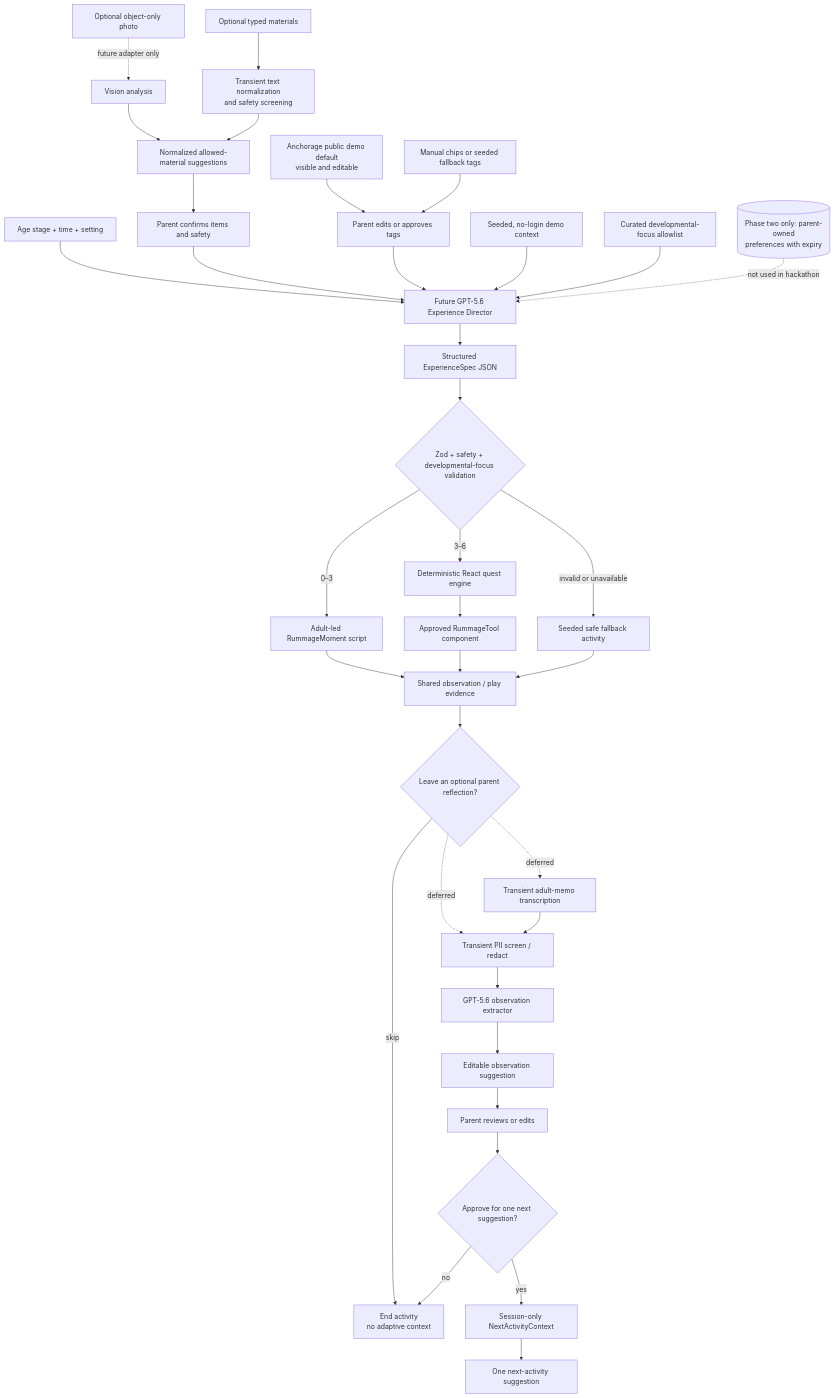
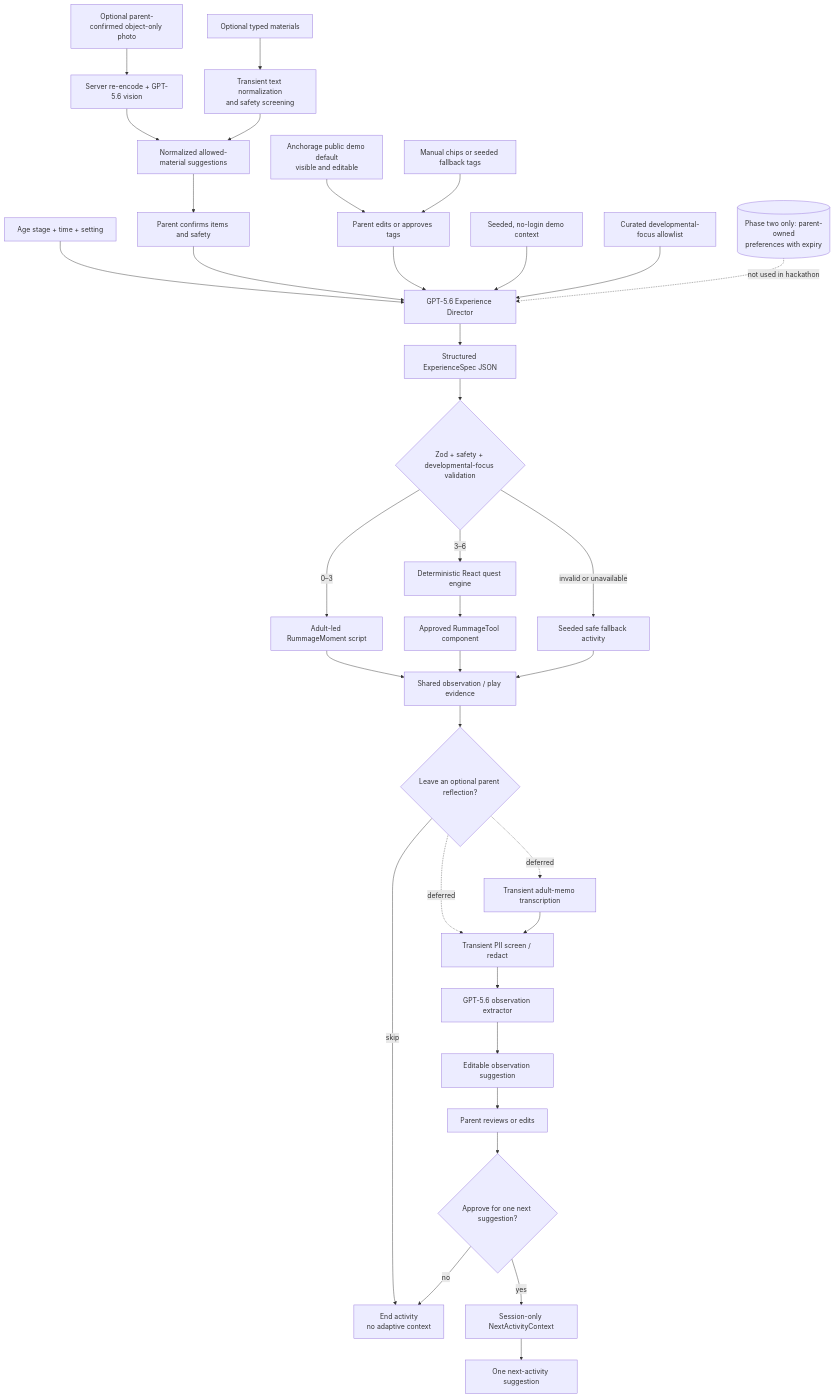
Before and after one commit to hqt08/RummageLab: the diagram in docs/architecture.md, drawn with Mermaid. The commit also changed other lines of this file and 24 other files, not shown here.

Commit message:
Add live GPT-5.6 photo experience

````diff
--- a/docs/architecture.md
+++ b/docs/architecture.md
@@ -8,39 +8,39 @@
 ```mermaid
 flowchart TB
-  PHOTO["Optional object-only photo"] -. "future adapter only" .-> VISION["Vision analysis"]
+  PHOTO["Optional parent-confirmed object-only photo"] --> VISION["Server re-encode + GPT-5.6 vision"]
   VISION --> INVENTORY["Normalized allowed-material suggestions"]
   TYPED["Optional typed materials"] --> NORMALIZE["Transient text normalization<br/>and safety screening"]
   NORMALIZE --> INVENTORY
   INPUT["Age stage + time + setting"] --> DIRECTOR
   INVENTORY --> CONFIRM["Parent confirms items and safety"]
   CONFIRM --> DIRECTOR
   CITY["Anchorage public demo default<br/>visible and editable"] --> WEATHER_CONFIRM["Parent edits or approves tags"]
   MANUAL["Manual chips or seeded fallback tags"] --> WEATHER_CONFIRM
   WEATHER_CONFIRM --> DIRECTOR
   DEMO_CONTEXT["Seeded, no-login demo context"] --> DIRECTOR
   GOALS["Curated developmental-focus allowlist"] --> DIRECTOR
 
-  DIRECTOR["Future GPT-5.6 Experience Director"] --> JSON["Structured ExperienceSpec JSON"]
+  DIRECTOR["GPT-5.6 Experience Director"] --> JSON["Structured ExperienceSpec JSON"]
   JSON --> VALIDATE{"Zod + safety + developmental-focus validation"}
   VALIDATE -->|0–3| MOMENT["Adult-led RummageMoment script"]
   VALIDATE -->|3–6| RENDER["Deterministic React quest engine"]
   VALIDATE -->|invalid or unavailable| FALLBACK["Seeded safe fallback activity"]
   RENDER --> TOOL["Approved RummageTool component"]
   MOMENT --> ARTIFACT["Shared observation / play evidence"]
   TOOL --> ARTIFACT
   FALLBACK --> ARTIFACT
   ARTIFACT --> REFLECTION{"Leave an optional parent reflection?"}
   REFLECTION -. "deferred" .-> TRANSCRIBE["Transient adult-memo transcription"]
   REFLECTION -. "deferred" .-> SCREEN["Transient PII screen / redact"]
   REFLECTION -->|skip| END["End activity<br/>no adaptive context"]
   TRANSCRIBE --> SCREEN
   SCREEN --> EXTRACT["GPT-5.6 observation extractor"]
   EXTRACT --> EVENT["Editable observation suggestion"]
   EVENT --> REVIEW["Parent reviews or edits"]
   REVIEW --> APPROVE{"Approve for one next suggestion?"}
   APPROVE -->|yes| SESSION["Session-only NextActivityContext"]
   APPROVE -->|no| END
   SESSION --> NEXT["One next-activity suggestion"]
   FUTURE[("Phase two only: parent-owned<br/>preferences with expiry")]
   FUTURE -. "not used in hackathon" .-> DIRECTOR
 ```
````
